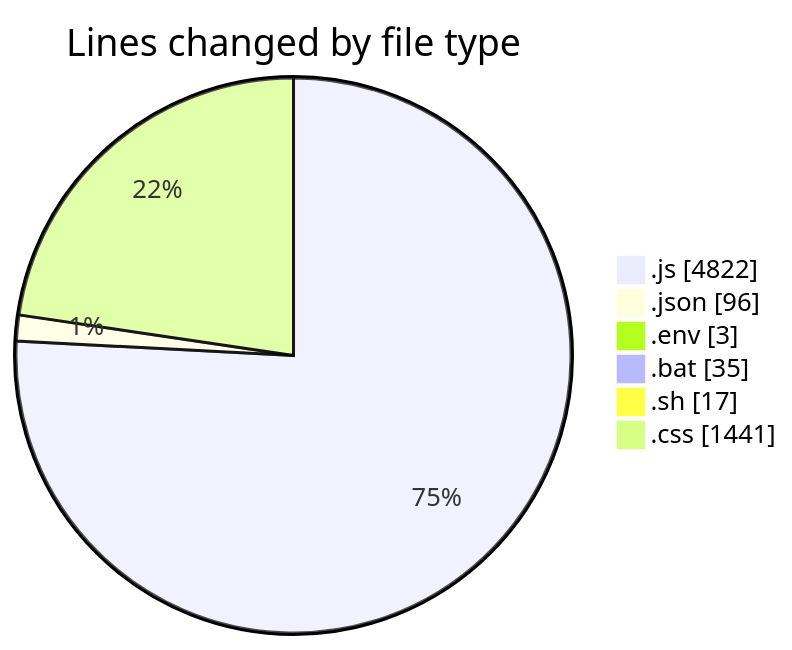
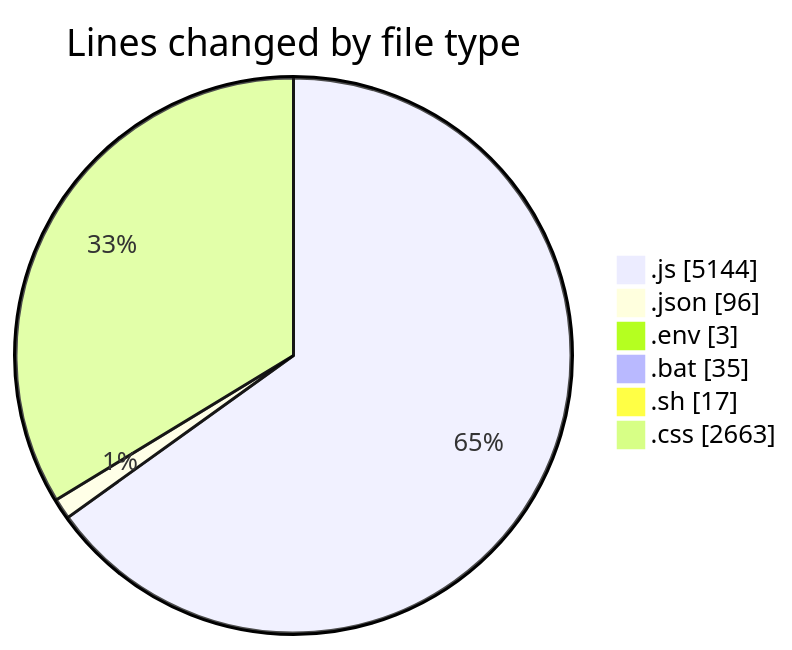
Before and after one commit to lephambinh05/code-tracking: the first of 2 diagrams in 2025-07-19/eduwallet-main/README.md, drawn with Mermaid. The commit also changed other lines of this file and 1 other file, not shown here.

````diff
--- a/2025-07-19/eduwallet-main/README.md
+++ b/2025-07-19/eduwallet-main/README.md
@@ -53,10 +58,10 @@
 ```mermaid
 pie showData
 title Lines changed by file type
-".js" : 4822
+".js" : 5144
 ".json" : 96
 ".env" : 3
 ".bat" : 35
 ".sh" : 17
-".css" : 1441
+".css" : 2663
 ```
````
